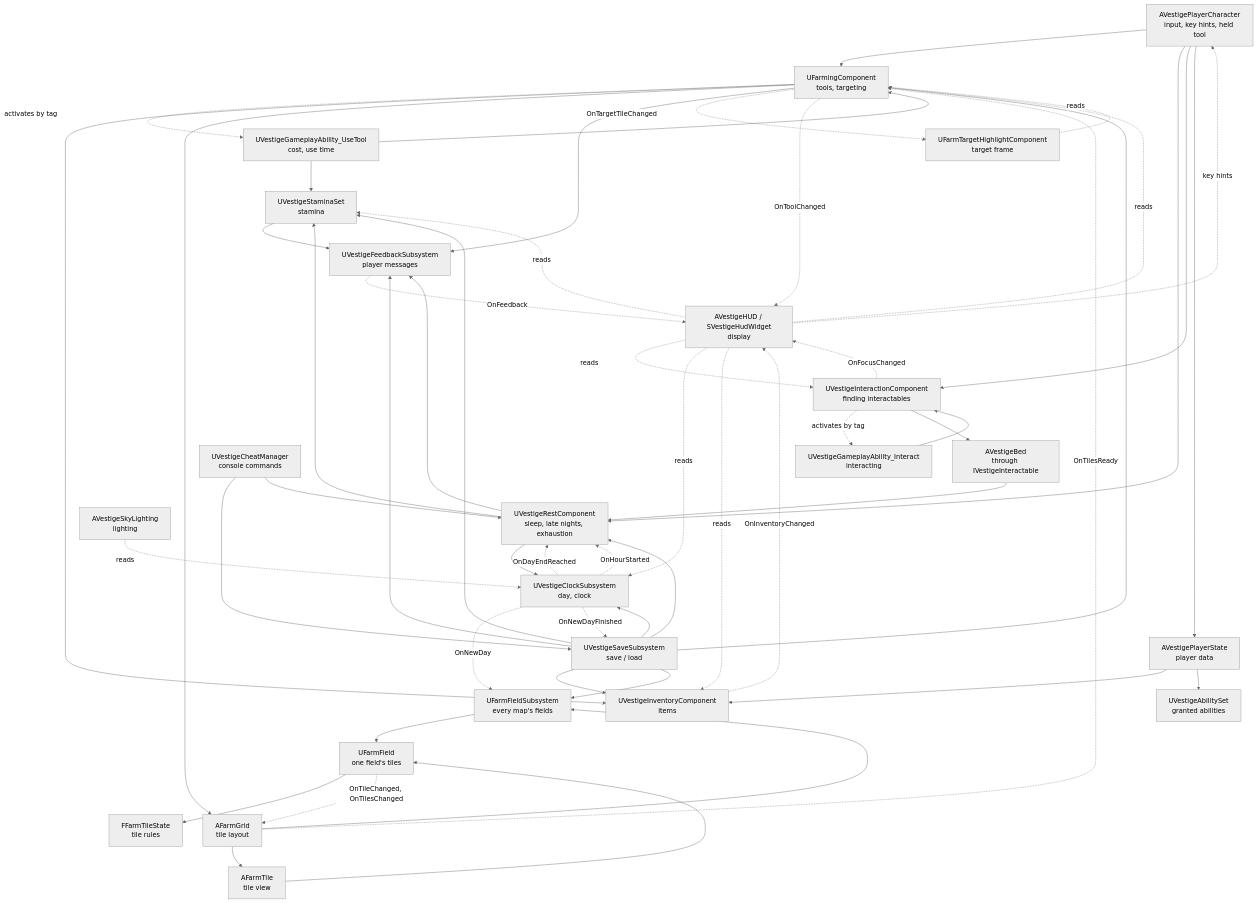
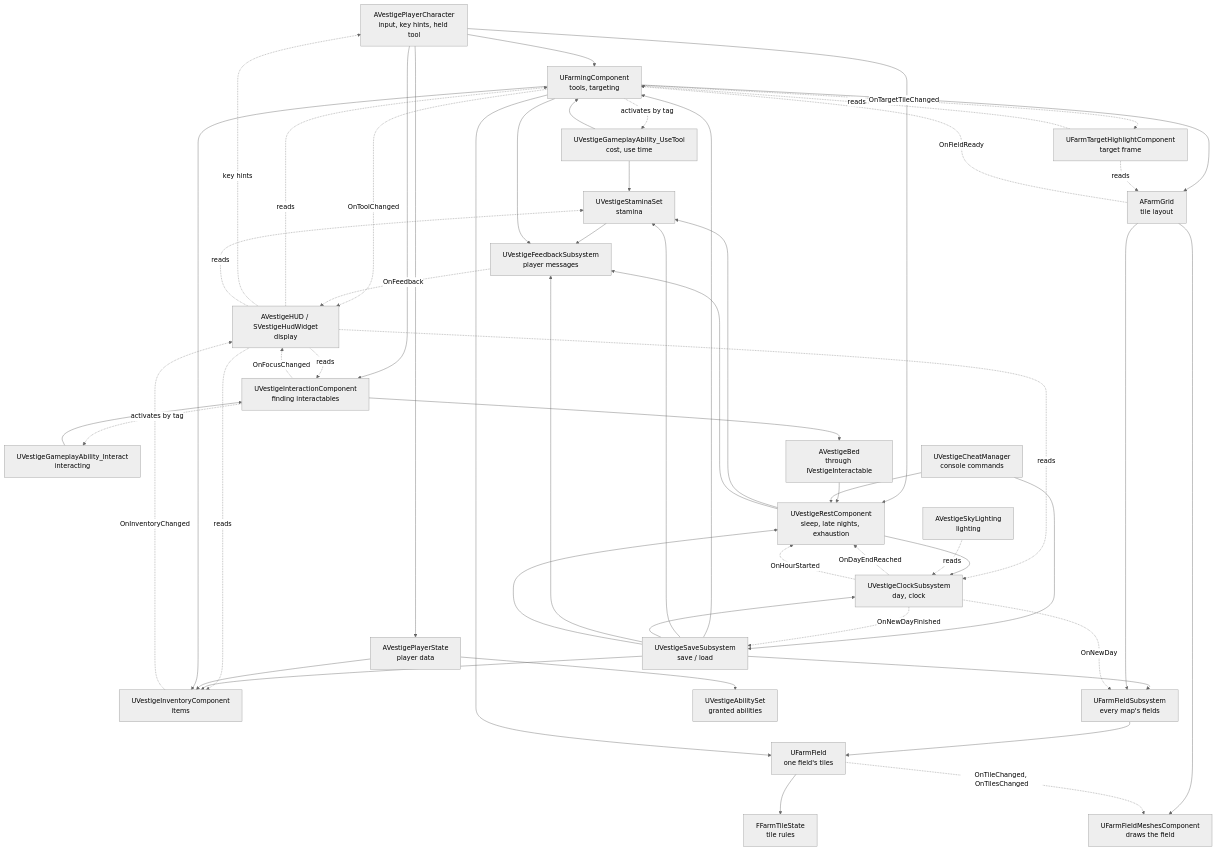
Before and after one commit to DunderGG/ProjectVestige: the first of 2 diagrams in Docs/Architecture.md, drawn with Mermaid (neutral theme). The commit also changed other lines of this file and 33 other files, not shown here.

First line of the commit message:
Draw the farm tiles with instanced meshes

````diff
--- a/Docs/Architecture.md
+++ b/Docs/Architecture.md
@@ -419,56 +420,57 @@
 ```mermaid
 flowchart TD
     Input[AVestigePlayerCharacter<br/>input, key hints, held tool] --> Farming[UFarmingComponent<br/>tools, targeting]
     Input --> Rest[UVestigeRestComponent<br/>sleep, late nights, exhaustion]
     Input --> Interaction[UVestigeInteractionComponent<br/>finding interactables]
     Interaction -. activates by tag .-> Interact[UVestigeGameplayAbility_Interact<br/>interacting]
     Interact --> Interaction
     Interaction --> Bed[AVestigeBed<br/>through IVestigeInteractable]
     Bed --> Rest
     HUD -.reads.-> Interaction
     Interaction -. OnFocusChanged .-> HUD
     Cheats[UVestigeCheatManager<br/>console commands] --> Save
     Cheats --> Rest
     HUD[AVestigeHUD / SVestigeHudWidget<br/>display] -.reads.-> Farming
     HUD -.reads.-> Clock
     HUD -.key hints.-> Input
     HUD -.reads.-> Inventory
     Highlight[UFarmTargetHighlightComponent<br/>target frame] -.reads.-> Farming
     Save[UVestigeSaveSubsystem<br/>save / load] --> Farming
     Save --> Inventory
     Save --> Fields
     PlayerState[AVestigePlayerState<br/>player data] --> Inventory[UVestigeInventoryComponent<br/>items]
     PlayerState --> AbilitySet[UVestigeAbilitySet<br/>granted abilities]
     Input --> PlayerState
     Farming -. activates by tag .-> UseTool[UVestigeGameplayAbility_UseTool<br/>cost, use time]
     UseTool --> Farming
     UseTool --> Stamina[UVestigeStaminaSet<br/>stamina]
     Rest --> Stamina
     Save --> Stamina
     HUD -.reads.-> Stamina
     Stamina --> Feedback
     Farming --> Inventory
     Save --> Clock
     Farming --> Grid[AFarmGrid<br/>tile layout]
     Rest --> Clock[UVestigeClockSubsystem<br/>day, clock]
     Sky[AVestigeSkyLighting<br/>lighting] -.reads.-> Clock
     Grid --> Fields[UFarmFieldSubsystem<br/>every map's fields]
-    Grid --> Tile[AFarmTile<br/>tile view]
+    Grid --> Meshes[UFarmFieldMeshesComponent<br/>draws the field]
     Fields --> Field[UFarmField<br/>one field's tiles]
-    Tile --> Field
+    Farming --> Field
     Field --> TileState[FFarmTileState<br/>tile rules]
-    Field -. OnTileChanged, OnTilesChanged .-> Grid
+    Field -. OnTileChanged, OnTilesChanged .-> Meshes
     Farming --> Feedback[UVestigeFeedbackSubsystem<br/>player messages]
     Rest --> Feedback
     Save --> Feedback
     Clock -. OnDayEndReached .-> Rest
     Clock -. OnHourStarted .-> Rest
     Save --> Rest
     Clock -. OnNewDay .-> Fields
     Clock -. OnNewDayFinished .-> Save
-    Grid -. OnTilesReady .-> Farming
+    Grid -. OnFieldReady .-> Farming
+    Highlight -.reads.-> Grid
     Farming -. OnTargetTileChanged .-> Highlight
     Farming -. OnToolChanged .-> HUD
     Inventory -. OnInventoryChanged .-> HUD
     Feedback -. OnFeedback .-> HUD
 ```
````
